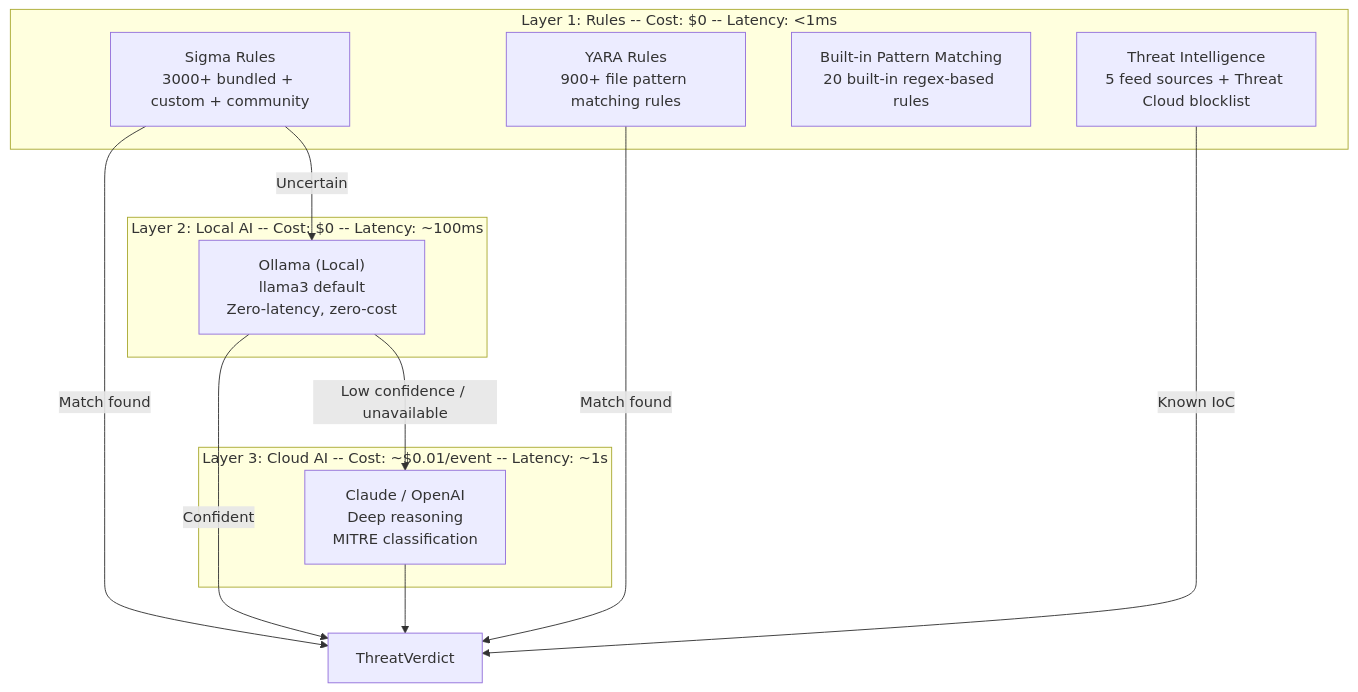
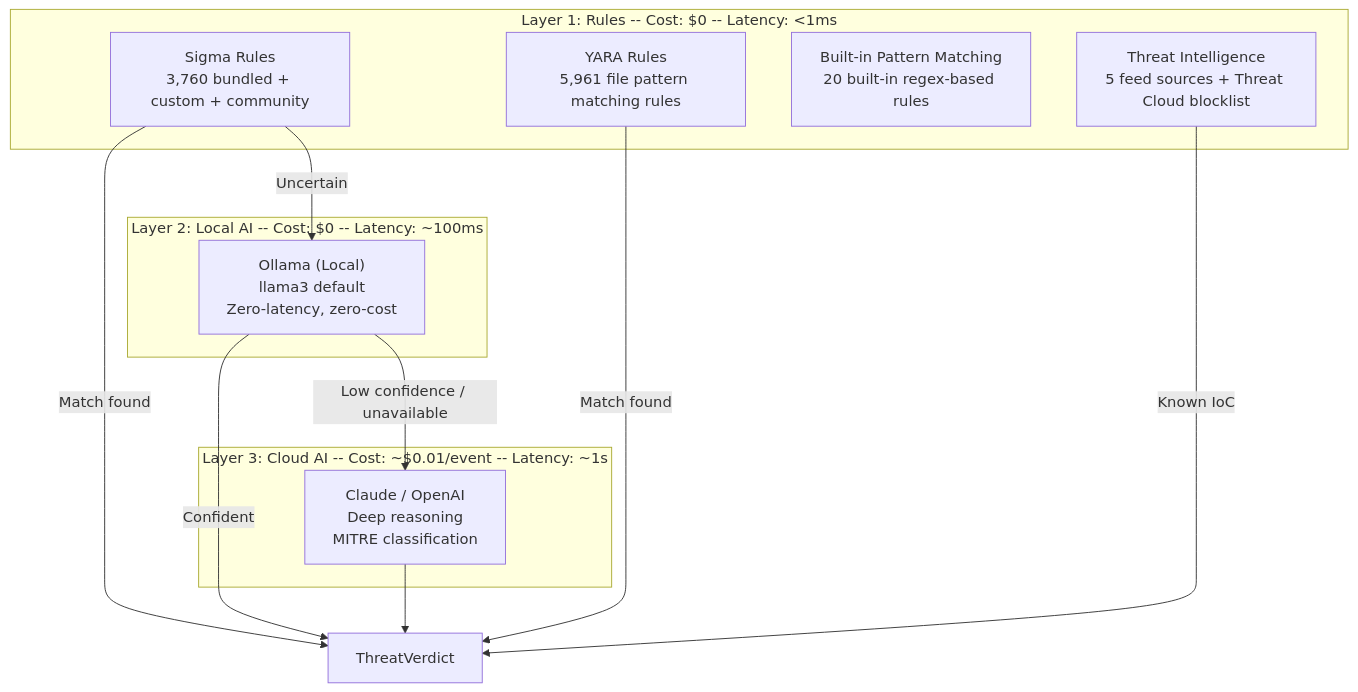
Before and after one commit to panguard-ai/panguard-ai: the fifth of 9 diagrams in docs/ARCHITECTURE.md, drawn with Mermaid. The commit also changed other lines of this file and 16 other files, not shown here.

````diff
--- a/docs/ARCHITECTURE.md
+++ b/docs/ARCHITECTURE.md
@@ -303,26 +303,26 @@
 ```mermaid
 graph TB
     subgraph Layer1["Layer 1: Rules -- Cost: $0 -- Latency: <1ms"]
-        SIGMA["Sigma Rules<br/>3000+ bundled + custom + community"]
-        YARA["YARA Rules<br/>900+ file pattern matching rules"]
+        SIGMA["Sigma Rules<br/>3,760 bundled + custom + community"]
+        YARA["YARA Rules<br/>5,961 file pattern matching rules"]
         BUILTIN["Built-in Pattern Matching<br/>20 built-in regex-based rules"]
         TI["Threat Intelligence<br/>5 feed sources + Threat Cloud blocklist"]
     end
 
     subgraph Layer2["Layer 2: Local AI -- Cost: $0 -- Latency: ~100ms"]
         OLLAMA["Ollama (Local)<br/>llama3 default<br/>Zero-latency, zero-cost"]
     end
 
     subgraph Layer3["Layer 3: Cloud AI -- Cost: ~$0.01/event -- Latency: ~1s"]
         CLOUD["Claude / OpenAI<br/>Deep reasoning<br/>MITRE classification"]
     end
 
     SIGMA --> |"Match found"| VERDICT["ThreatVerdict"]
     YARA --> |"Match found"| VERDICT
     TI --> |"Known IoC"| VERDICT
 
     SIGMA --> |"Uncertain"| OLLAMA
     OLLAMA --> |"Confident"| VERDICT
     OLLAMA --> |"Low confidence / unavailable"| CLOUD
     CLOUD --> VERDICT
 ```
````
